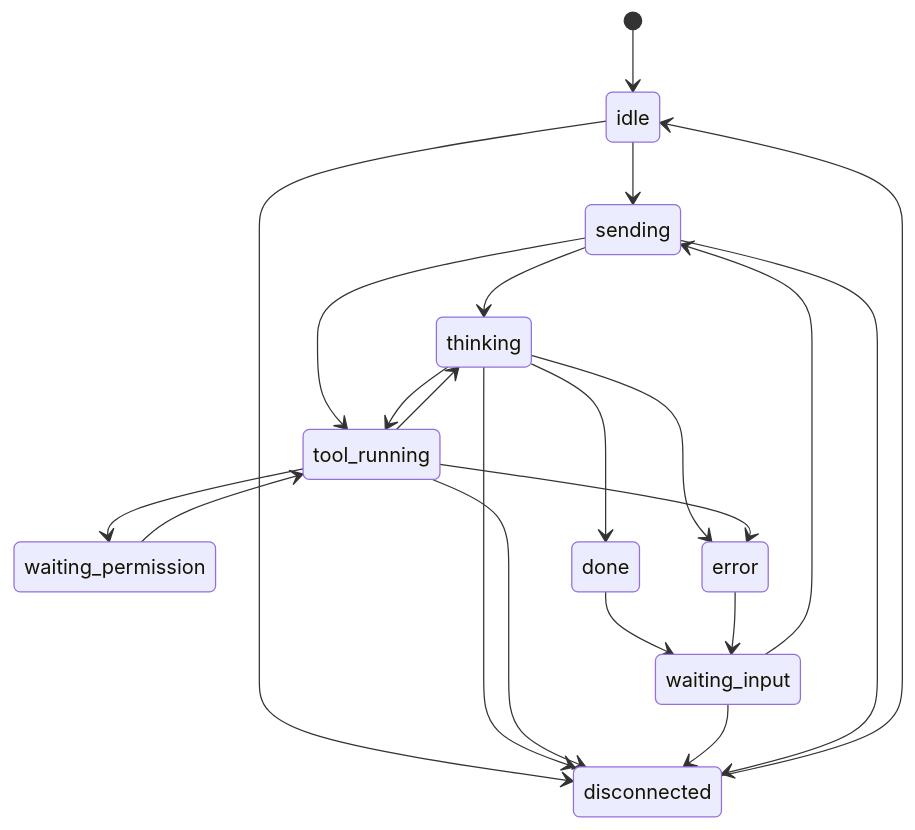
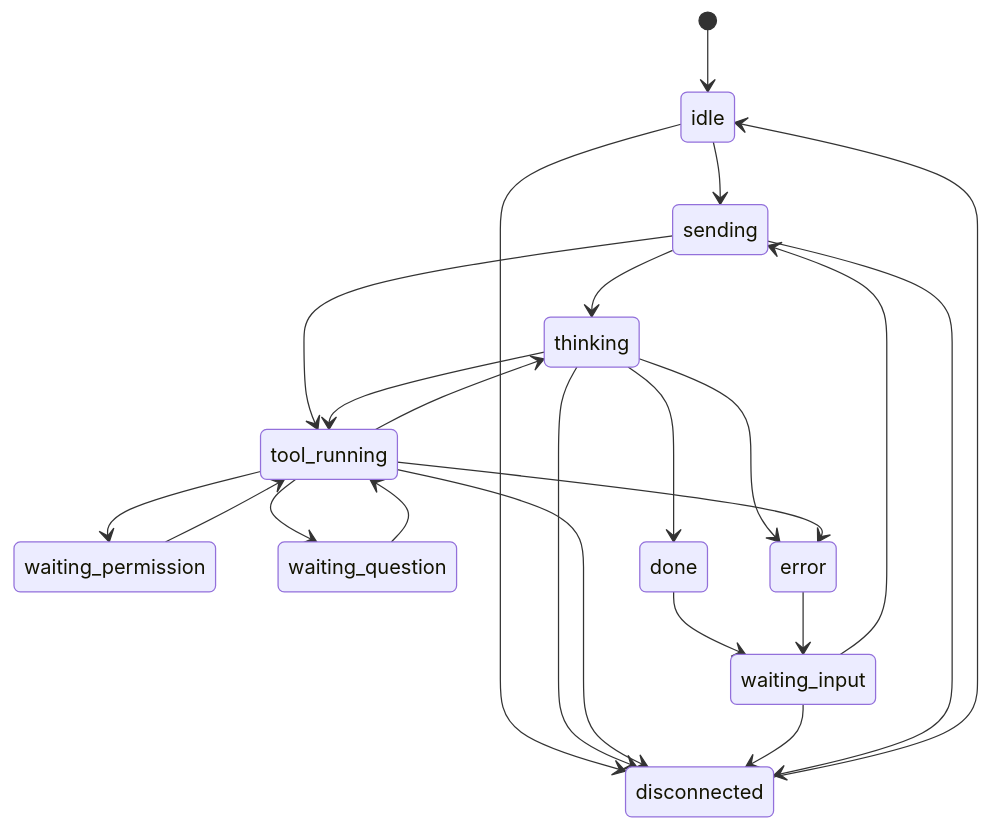
Before and after one commit to sakuraiyuta/kaoiro: the second of 2 diagrams in docs/specs/protocol.md, drawn with Mermaid. The commit also changed other lines of this file and 4 other files, not shown here.

````diff
--- a/docs/specs/protocol.md
+++ b/docs/specs/protocol.md
@@ -378,23 +382,25 @@
 ```mermaid
 stateDiagram-v2
   [*] --> idle
   idle --> sending
   waiting_input --> sending
   sending --> thinking
   sending --> tool_running
   thinking --> tool_running
   tool_running --> waiting_permission
   waiting_permission --> tool_running
+  tool_running --> waiting_question
+  waiting_question --> tool_running
   tool_running --> thinking
   thinking --> done
   thinking --> error
   tool_running --> error
   done --> waiting_input
   error --> waiting_input
   idle --> disconnected
   thinking --> disconnected
   tool_running --> disconnected
   waiting_input --> disconnected
   sending --> disconnected
   disconnected --> idle
 ```
````
